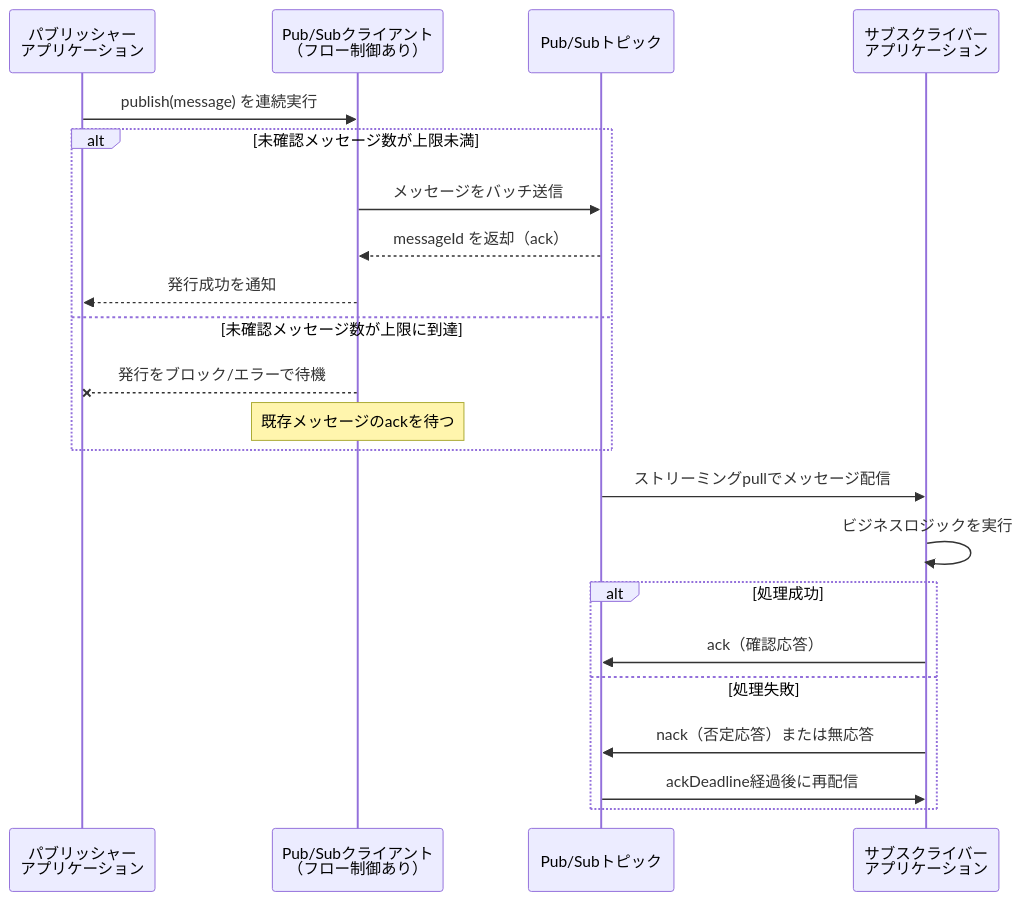
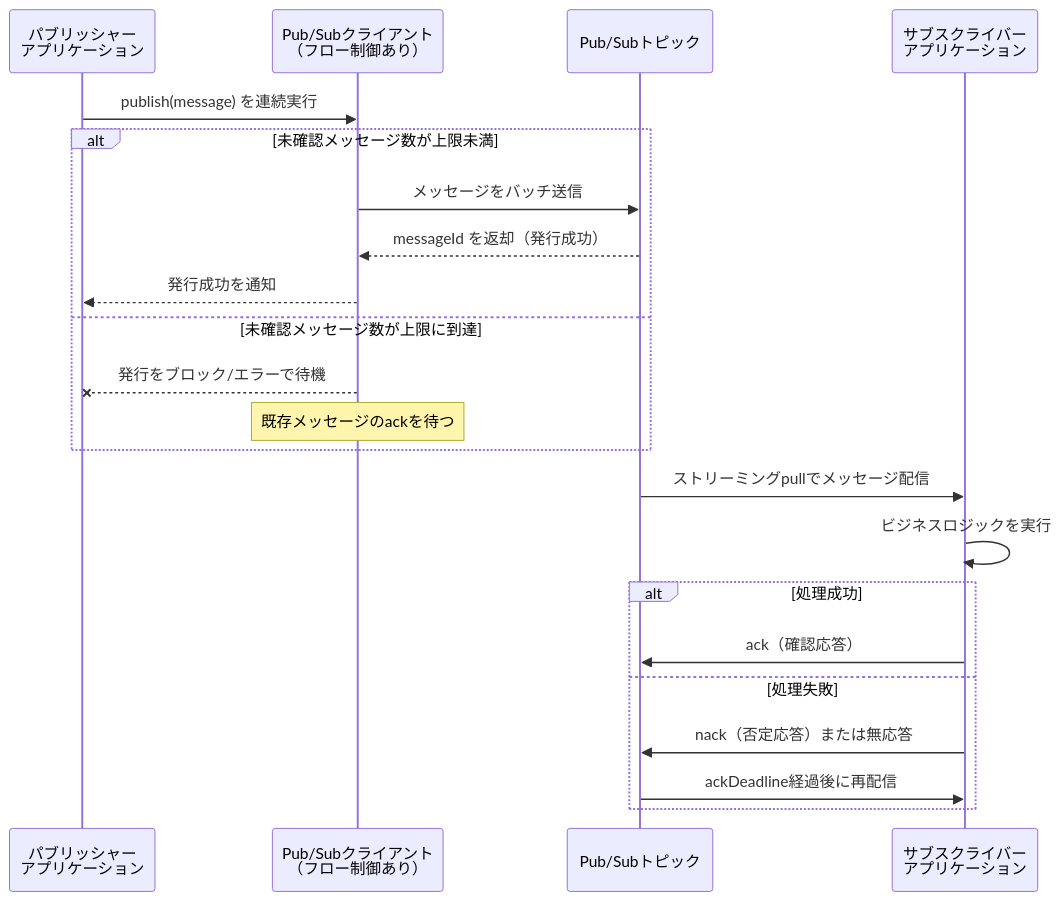
Before and after one commit to myoshi2891/Cloud-Infrastructure-Studies: the sixth of 15 diagrams in Gcp-professional-cloud-developer-section4.md, drawn with Mermaid. The commit also changed other lines of this file and 2 other files, not shown here.

````diff
--- a/Gcp-professional-cloud-developer-section4.md
+++ b/Gcp-professional-cloud-developer-section4.md
@@ -258,25 +258,25 @@
 ```mermaid
 sequenceDiagram
     participant Pub as パブリッシャー<br/>アプリケーション
     participant Client as Pub/Subクライアント<br/>（フロー制御あり）
     participant Topic as Pub/Subトピック
     participant Sub as サブスクライバー<br/>アプリケーション
 
     Pub->>Client: publish(message) を連続実行
     alt 未確認メッセージ数が上限未満
         Client->>Topic: メッセージをバッチ送信
-        Topic-->>Client: messageId を返却（ack）
+        Topic-->>Client: messageId を返却（発行成功）
         Client-->>Pub: 発行成功を通知
     else 未確認メッセージ数が上限に到達
         Client--xPub: 発行をブロック/エラーで待機
         Note over Client: 既存メッセージのackを待つ
     end
     Topic->>Sub: ストリーミングpullでメッセージ配信
     Sub->>Sub: ビジネスロジックを実行
     alt 処理成功
         Sub->>Topic: ack（確認応答）
     else 処理失敗
         Sub->>Topic: nack（否定応答）または無応答
         Topic->>Sub: ackDeadline経過後に再配信
     end
 ```
````
